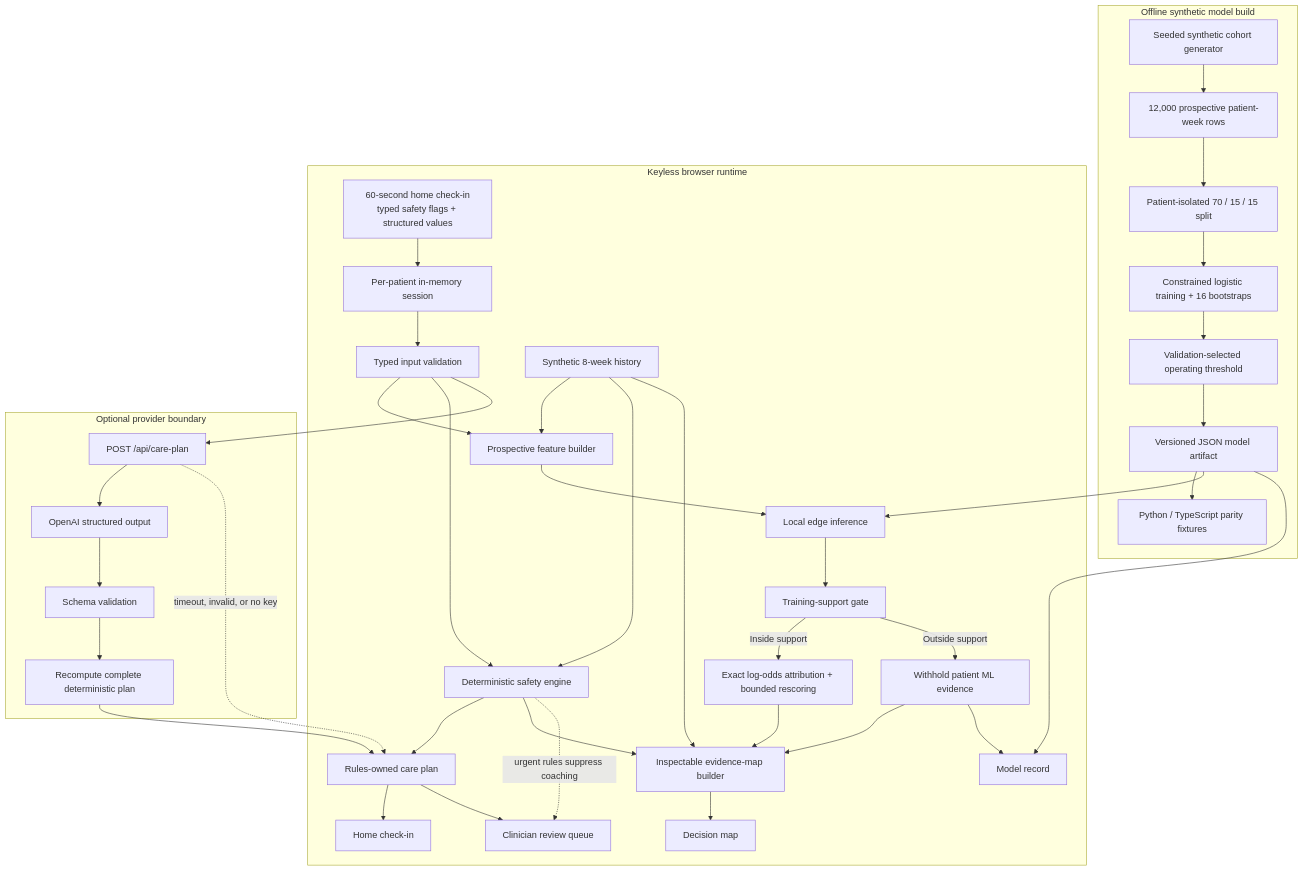
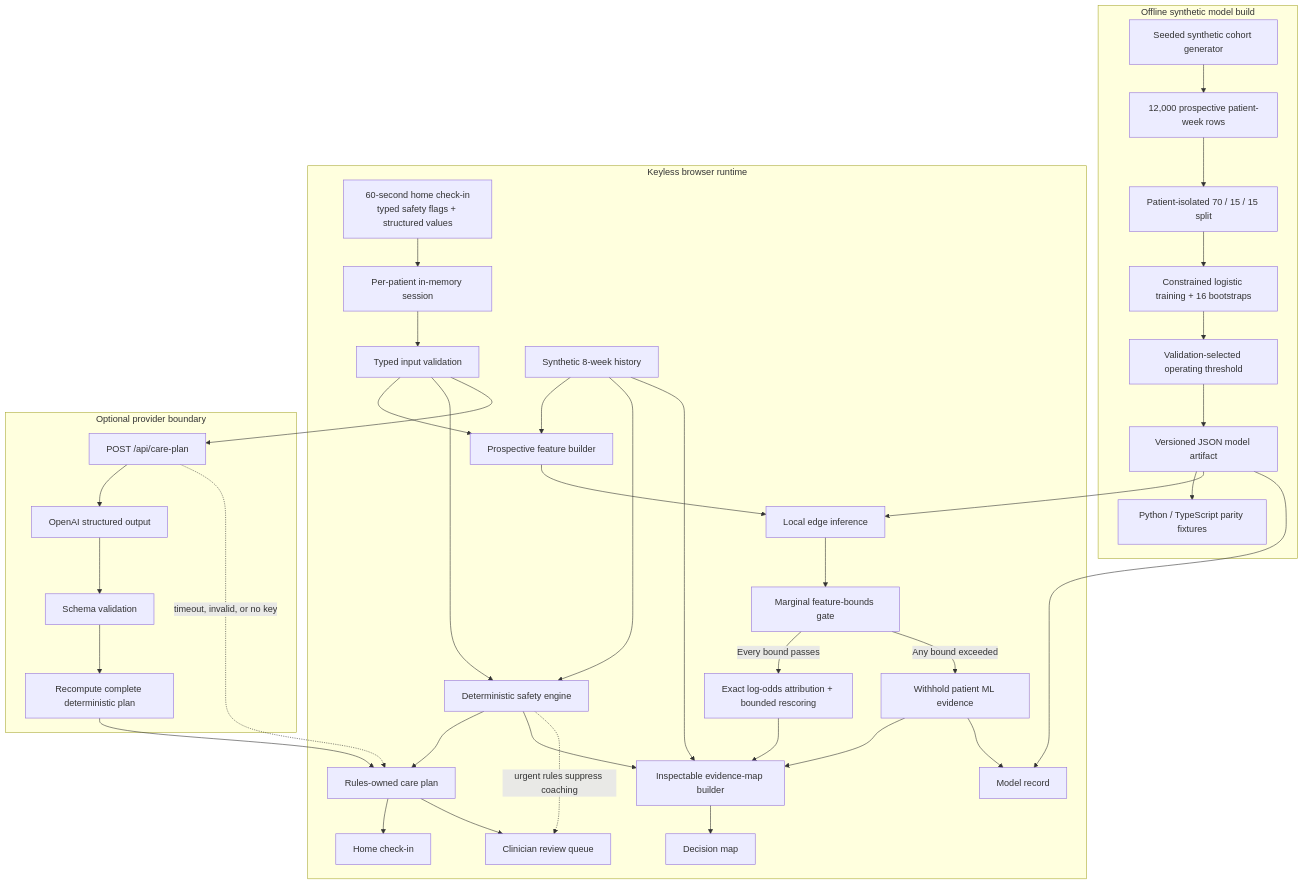
The first of 2 diagrams in docs/architecture.md (kevinmeix1/adherence-os), drawn with Mermaid before and after one commit. The commit also changed other lines of this file and 20 other files, not shown here.

````diff
--- a/docs/architecture.md
+++ b/docs/architecture.md
@@ -7,48 +7,48 @@
 ```mermaid
 flowchart TB
     subgraph Build["Offline synthetic model build"]
         Seed["Seeded synthetic cohort generator"] --> Cohort["12,000 prospective patient-week rows"]
         Cohort --> Split["Patient-isolated 70 / 15 / 15 split"]
         Split --> Train["Constrained logistic training + 16 bootstraps"]
         Train --> Select["Validation-selected operating threshold"]
         Select --> Artifact["Versioned JSON model artifact"]
         Artifact --> Parity["Python / TypeScript parity fixtures"]
     end
 
     subgraph Runtime["Keyless browser runtime"]
         CheckIn["60-second home check-in<br/>typed safety flags + structured values"] --> Session["Per-patient in-memory session"]
         Session --> Validate["Typed input validation"]
         History["Synthetic 8-week history"] --> Features["Prospective feature builder"]
         Validate --> Features
         Features --> Model["Local edge inference"]
         Artifact --> Model
-        Model --> Support["Training-support gate"]
-        Support -->|Inside support| Explain["Exact log-odds attribution + bounded rescoring"]
-        Support -->|Outside support| Abstain["Withhold patient ML evidence"]
+        Model --> Support["Marginal feature-bounds gate"]
+        Support -->|Every bound passes| Explain["Exact log-odds attribution + bounded rescoring"]
+        Support -->|Any bound exceeded| Abstain["Withhold patient ML evidence"]
 
         Validate --> Safety["Deterministic safety engine"]
         History --> Safety
         Safety --> Plan["Rules-owned care plan"]
 
         Explain --> Graph["Inspectable evidence-map builder"]
         Abstain --> Graph
         Safety --> Graph
         History --> Graph
         Graph --> Live["Decision map"]
         Plan --> Patient["Home check-in"]
         Plan --> Queue["Clinician review queue"]
         Artifact --> Lab["Model record"]
         Abstain --> Lab
     end
 
     subgraph Optional["Optional provider boundary"]
         API["POST /api/care-plan"] --> LLM["OpenAI structured output"]
         LLM --> Schema["Schema validation"]
         Schema --> Recompute["Recompute complete deterministic plan"]
     end
 
     Validate --> API
     Recompute --> Plan
     API -. "timeout, invalid, or no key" .-> Plan
     Safety -. "urgent rules suppress coaching" .-> Queue
 ```
````
